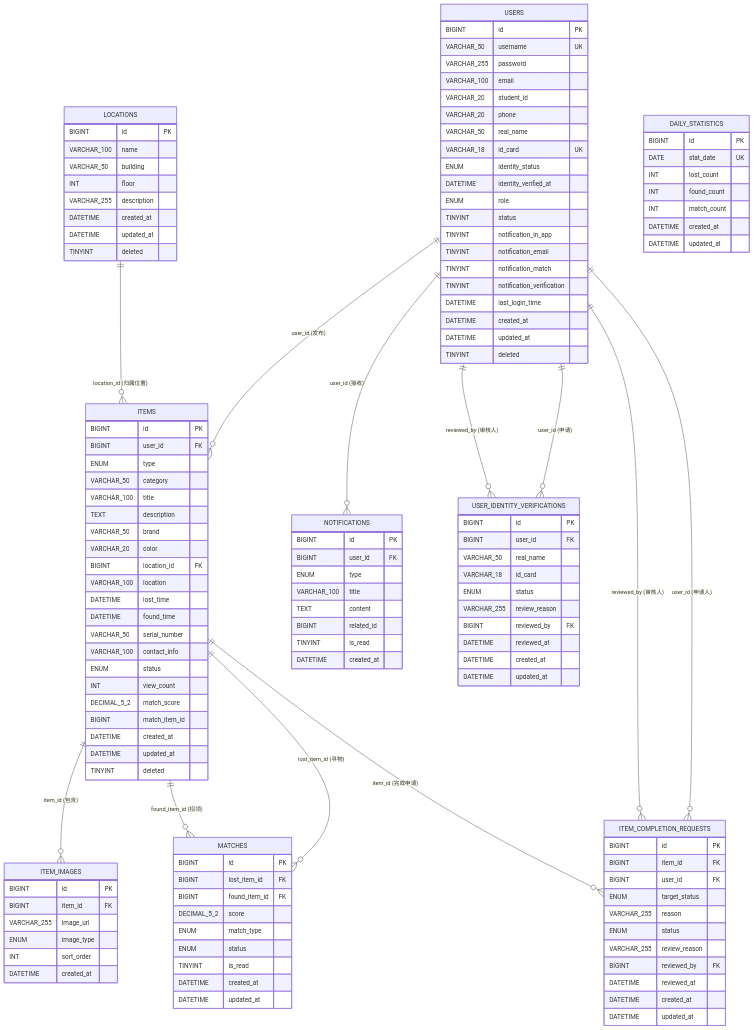
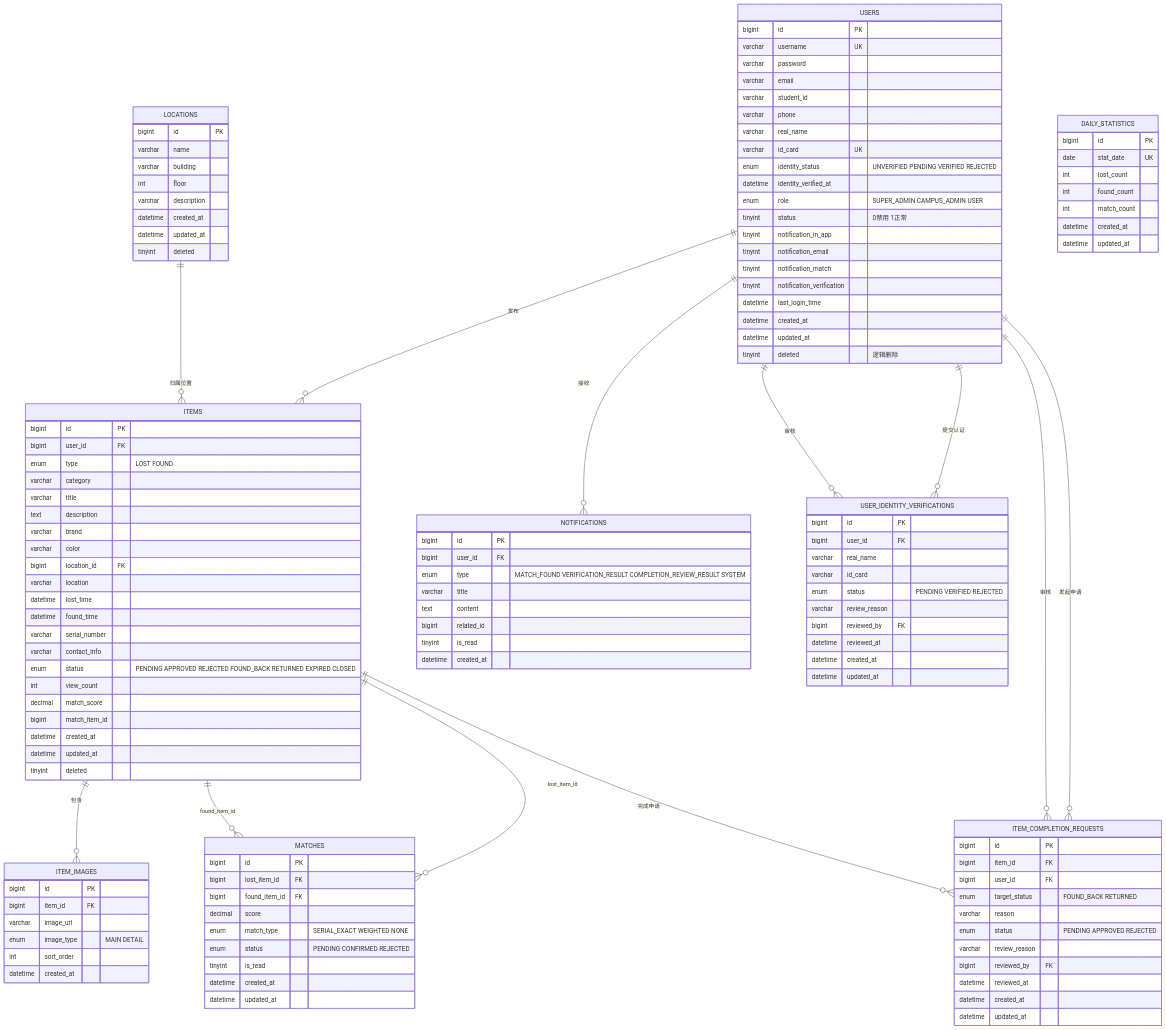
Before and after one commit to zwj-3193655211/campus-LostandFound: diagram 19 of 29 in docs/项目图表.md, drawn with Mermaid. The commit also changed other lines of this file and 51 other files, not shown here.

````diff
--- a/docs/项目图表.md
+++ b/docs/项目图表.md
@@ -780,144 +921,141 @@
 ```mermaid
 erDiagram
-    USERS ||--o{ ITEMS : "user_id (发布)"
-    USERS ||--o{ NOTIFICATIONS : "user_id (接收)"
-    USERS ||--o{ USER_IDENTITY_VERIFICATIONS : "user_id (申请)"
-    USERS ||--o{ USER_IDENTITY_VERIFICATIONS : "reviewed_by (审核人)"
-    USERS ||--o{ ITEM_COMPLETION_REQUESTS : "user_id (申请人)"
-    USERS ||--o{ ITEM_COMPLETION_REQUESTS : "reviewed_by (审核人)"
-
-    LOCATIONS ||--o{ ITEMS : "location_id (归属位置)"
-
-    ITEMS ||--o{ ITEM_IMAGES : "item_id (包含)"
-    ITEMS ||--o{ ITEM_COMPLETION_REQUESTS : "item_id (完成申请)"
-
-    ITEMS ||--o{ MATCHES : "lost_item_id (寻物)"
-    ITEMS ||--o{ MATCHES : "found_item_id (招领)"
+    USERS ||--o{ ITEMS : "发布"
+    USERS ||--o{ NOTIFICATIONS : "接收"
+    USERS ||--o{ USER_IDENTITY_VERIFICATIONS : "提交认证"
+    USERS ||--o{ ITEM_COMPLETION_REQUESTS : "发起申请"
+    USERS ||--o{ USER_IDENTITY_VERIFICATIONS : "审核"
+    USERS ||--o{ ITEM_COMPLETION_REQUESTS : "审核"
+    LOCATIONS ||--o{ ITEMS : "归属位置"
+    ITEMS ||--o{ ITEM_IMAGES : "包含"
+    ITEMS ||--o{ MATCHES : "lost_item_id"
+    ITEMS ||--o{ MATCHES : "found_item_id"
+    ITEMS ||--o{ ITEM_COMPLETION_REQUESTS : "完成申请"
 
     USERS {
-        BIGINT id PK
-        VARCHAR_50 username UK
-        VARCHAR_255 password
-        VARCHAR_100 email
-        VARCHAR_20 student_id
-        VARCHAR_20 phone
-        VARCHAR_50 real_name
-        VARCHAR_18 id_card UK
-        ENUM identity_status
-        DATETIME identity_verified_at
-        ENUM role
-        TINYINT status
-        TINYINT notification_in_app
-        TINYINT notification_email
-        TINYINT notification_match
-        TINYINT notification_verification
-        DATETIME last_login_time
-        DATETIME created_at
-        DATETIME updated_at
-        TINYINT deleted
+        bigint id PK
+        varchar username UK
+        varchar password
+        varchar email
+        varchar student_id
+        varchar phone
+        varchar real_name
+        varchar id_card UK
+        enum identity_status "UNVERIFIED PENDING VERIFIED REJECTED"
+        datetime identity_verified_at
+        enum role "SUPER_ADMIN CAMPUS_ADMIN USER"
+        tinyint status "0禁用 1正常"
+        tinyint notification_in_app
+        tinyint notification_email
+        tinyint notification_match
+        tinyint notification_verification
+        datetime last_login_time
+        datetime created_at
+        datetime updated_at
+        tinyint deleted "逻辑删除"
     }
 
     USER_IDENTITY_VERIFICATIONS {
-        BIGINT id PK
-        BIGINT user_id FK
-        VARCHAR_50 real_name
-        VARCHAR_18 id_card
-        ENUM status
-        VARCHAR_255 review_reason
-        BIGINT reviewed_by FK
-        DATETIME reviewed_at
-        DATETIME created_at
-        DATETIME updated_at
+        bigint id PK
+        bigint user_id FK
+        varchar real_name
+        varchar id_card
+        enum status "PENDING VERIFIED REJECTED"
+        varchar review_reason
+        bigint reviewed_by FK
+        datetime reviewed_at
+        datetime created_at
+        datetime updated_at
     }
 
     LOCATIONS {
-        BIGINT id PK
-        VARCHAR_100 name
-        VARCHAR_50 building
-        INT floor
-        VARCHAR_255 description
-        DATETIME created_at
-        DATETIME updated_at
-        TINYINT deleted
+        bigint id PK
+        varchar name
+        varchar building
+        int floor
+        varchar description
+        datetime created_at
+        datetime updated_at
+        tinyint deleted
     }
 
     ITEMS {
-        BIGINT id PK
-        BIGINT user_id FK
-        ENUM type
-        VARCHAR_50 category
-        VARCHAR_100 title
-        TEXT description
-        VARCHAR_50 brand
-        VARCHAR_20 color
-        BIGINT location_id FK
-        VARCHAR_100 location
-        DATETIME lost_time
-        DATETIME found_time
-        VARCHAR_50 serial_number
-        VARCHAR_100 contact_info
-        ENUM status
-        INT view_count
-        DECIMAL_5_2 match_score
-        BIGINT match_item_id
-        DATETIME created_at
-        DATETIME updated_at
-        TINYINT deleted
+        bigint id PK
+        bigint user_id FK
+        enum type "LOST FOUND"
+        varchar category
+        varchar title
+        text description
+        varchar brand
+        varchar color
+        bigint location_id FK
+        varchar location
+        datetime lost_time
+        datetime found_time
+        varchar serial_number
+        varchar contact_info
+        enum status "PENDING APPROVED REJECTED FOUND_BACK RETURNED EXPIRED CLOSED"
+        int view_count
+        decimal match_score
+        bigint match_item_id
+        datetime created_at
+        datetime updated_at
+        tinyint deleted
     }
 
     ITEM_IMAGES {
-        BIGINT id PK
-        BIGINT item_id FK
-        VARCHAR_255 image_url
-        ENUM image_type
-        INT sort_order
-        DATETIME created_at
+        bigint id PK
+        bigint item_id FK
+        varchar image_url
+        enum image_type "MAIN DETAIL"
+        int sort_order
+        datetime created_at
     }
 
     MATCHES {
-        BIGINT id PK
-        BIGINT lost_item_id FK
-        BIGINT found_item_id FK
-        DECIMAL_5_2 score
-        ENUM match_type
-        ENUM status
-        TINYINT is_read
-        DATETIME created_at
-        DATETIME updated_at
+        bigint id PK
+        bigint lost_item_id FK
+        bigint found_item_id FK
+        decimal score
+        enum match_type "SERIAL_EXACT WEIGHTED NONE"
+        enum status "PENDING CONFIRMED REJECTED"
+        tinyint is_read
+        datetime created_at
+        datetime updated_at
     }
 
     ITEM_COMPLETION_REQUESTS {
-        BIGINT id PK
-        BIGINT item_id FK
-        BIGINT user_id FK
-        ENUM target_status
-        VARCHAR_255 reason
-        ENUM status
-        VARCHAR_255 review_reason
-        BIGINT reviewed_by FK
-        DATETIME reviewed_at
-        DATETIME created_at
-        DATETIME updated_at
+        bigint id PK
+        bigint item_id FK
+        bigint user_id FK
+        enum target_status "FOUND_BACK RETURNED"
+        varchar reason
+        enum status "PENDING APPROVED REJECTED"
+        varchar review_reason
+        bigint reviewed_by FK
+        datetime reviewed_at
+        datetime created_at
+        datetime updated_at
     }
 
     NOTIFICATIONS {
-        BIGINT id PK
-        BIGINT user_id FK
-        ENUM type
-        VARCHAR_100 title
-        TEXT content
-        BIGINT related_id
-        TINYINT is_read
-        DATETIME created_at
+        bigint id PK
+        bigint user_id FK
+        enum type "MATCH_FOUND VERIFICATION_RESULT COMPLETION_REVIEW_RESULT SYSTEM"
+        varchar title
+        text content
+        bigint related_id
+        tinyint is_read
+        datetime created_at
     }
 
     DAILY_STATISTICS {
-        BIGINT id PK
-        DATE stat_date UK
-        INT lost_count
-        INT found_count
-        INT match_count
-        DATETIME created_at
-        DATETIME updated_at
+        bigint id PK
+        date stat_date UK
+        int lost_count
+        int found_count
+        int match_count
+        datetime created_at
+        datetime updated_at
     }
 ```
````
